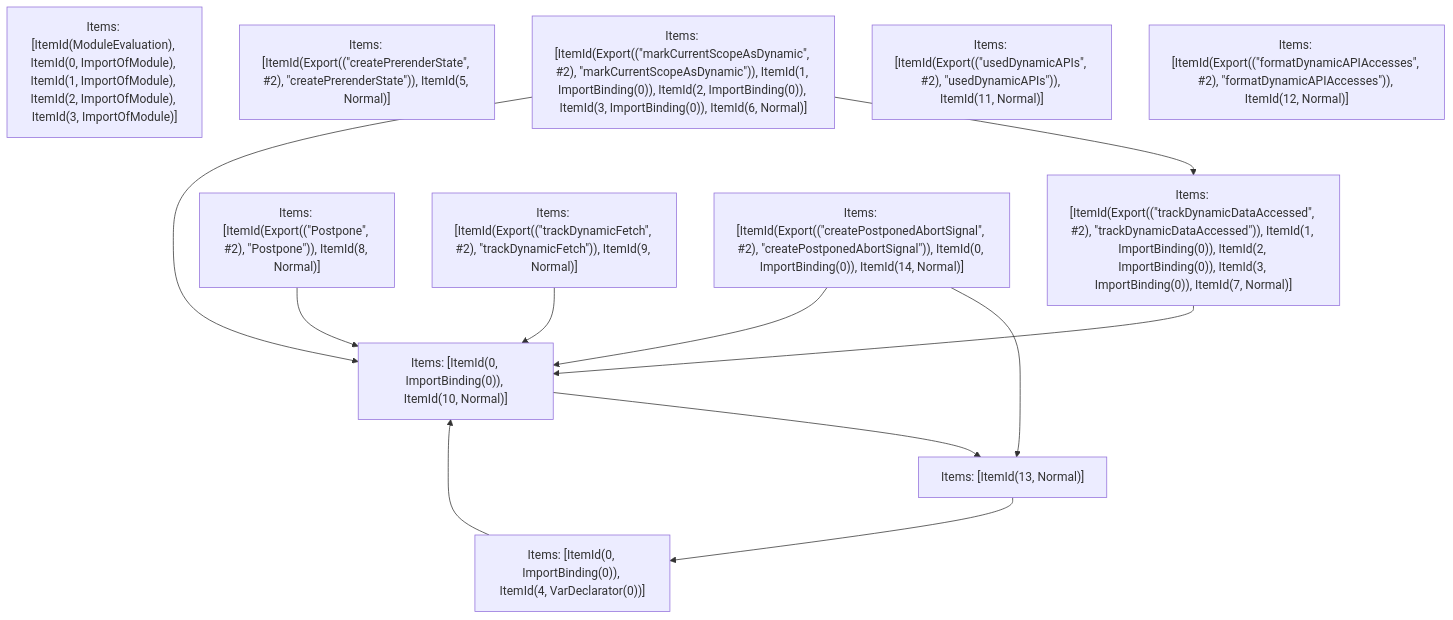
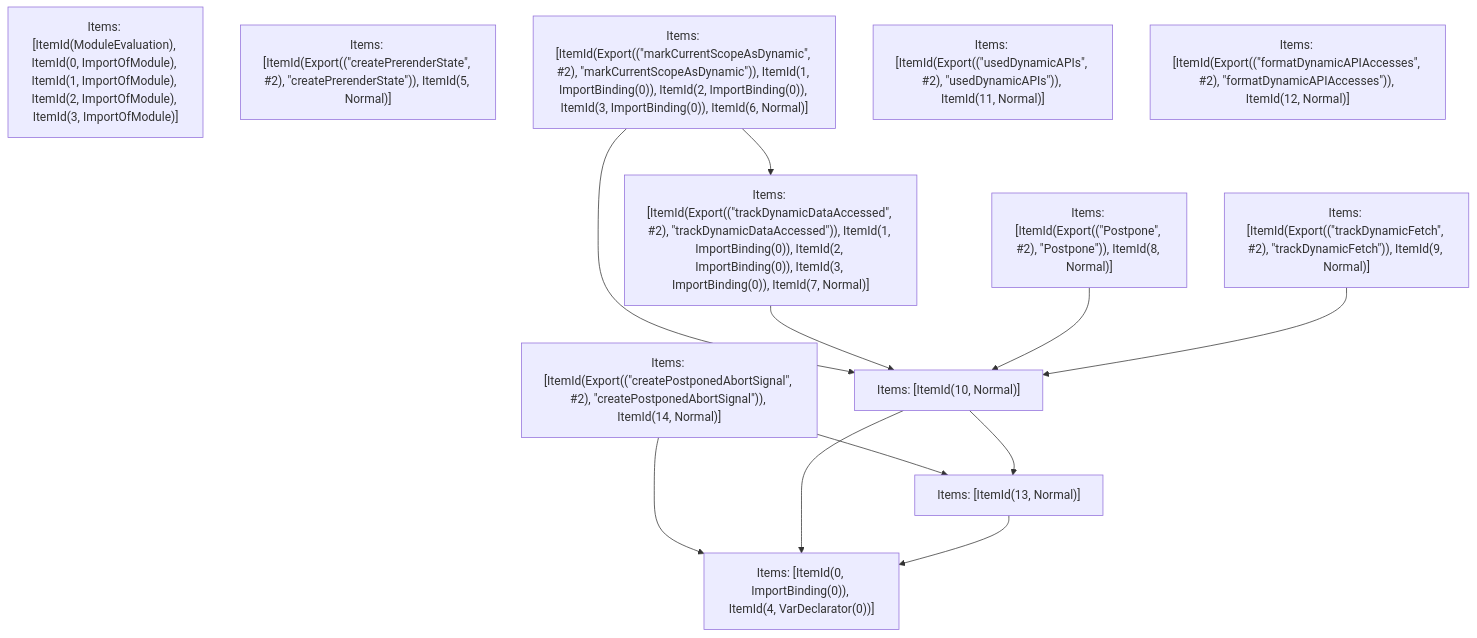
One commit to vercel/turborepo changed the fifth of 5 diagrams in crates/turbopack-ecmascript/tests/tree-shaker/analyzer/failed-2/output.md. Above: the diagram before and after it, drawn with Mermaid. The commit also changed other lines of this file and 30 other files, not shown here.

````diff
--- a/crates/turbopack-ecmascript/tests/tree-shaker/analyzer/failed-2/output.md
+++ b/crates/turbopack-ecmascript/tests/tree-shaker/analyzer/failed-2/output.md
@@ -530,25 +532,25 @@
 ```mermaid
 graph TD
     N0["Items: [ItemId(ModuleEvaluation), ItemId(0, ImportOfModule), ItemId(1, ImportOfModule), ItemId(2, ImportOfModule), ItemId(3, ImportOfModule)]"];
     N1["Items: [ItemId(Export((&quot;createPrerenderState&quot;, #2), &quot;createPrerenderState&quot;)), ItemId(5, Normal)]"];
     N2["Items: [ItemId(Export((&quot;markCurrentScopeAsDynamic&quot;, #2), &quot;markCurrentScopeAsDynamic&quot;)), ItemId(1, ImportBinding(0)), ItemId(2, ImportBinding(0)), ItemId(3, ImportBinding(0)), ItemId(6, Normal)]"];
     N3["Items: [ItemId(Export((&quot;trackDynamicDataAccessed&quot;, #2), &quot;trackDynamicDataAccessed&quot;)), ItemId(1, ImportBinding(0)), ItemId(2, ImportBinding(0)), ItemId(3, ImportBinding(0)), ItemId(7, Normal)]"];
     N4["Items: [ItemId(Export((&quot;Postpone&quot;, #2), &quot;Postpone&quot;)), ItemId(8, Normal)]"];
     N5["Items: [ItemId(Export((&quot;trackDynamicFetch&quot;, #2), &quot;trackDynamicFetch&quot;)), ItemId(9, Normal)]"];
     N6["Items: [ItemId(Export((&quot;usedDynamicAPIs&quot;, #2), &quot;usedDynamicAPIs&quot;)), ItemId(11, Normal)]"];
     N7["Items: [ItemId(Export((&quot;formatDynamicAPIAccesses&quot;, #2), &quot;formatDynamicAPIAccesses&quot;)), ItemId(12, Normal)]"];
-    N8["Items: [ItemId(Export((&quot;createPostponedAbortSignal&quot;, #2), &quot;createPostponedAbortSignal&quot;)), ItemId(0, ImportBinding(0)), ItemId(14, Normal)]"];
+    N8["Items: [ItemId(Export((&quot;createPostponedAbortSignal&quot;, #2), &quot;createPostponedAbortSignal&quot;)), ItemId(14, Normal)]"];
     N9["Items: [ItemId(0, ImportBinding(0)), ItemId(4, VarDeclarator(0))]"];
-    N10["Items: [ItemId(0, ImportBinding(0)), ItemId(10, Normal)]"];
+    N10["Items: [ItemId(10, Normal)]"];
     N11["Items: [ItemId(13, Normal)]"];
     N2 --> N3;
     N2 --> N10;
     N3 --> N10;
     N4 --> N10;
     N5 --> N10;
     N8 --> N11;
-    N8 --> N10;
-    N9 --> N10;
+    N8 --> N9;
     N10 --> N11;
+    N10 --> N9;
     N11 --> N9;
 ```
````
